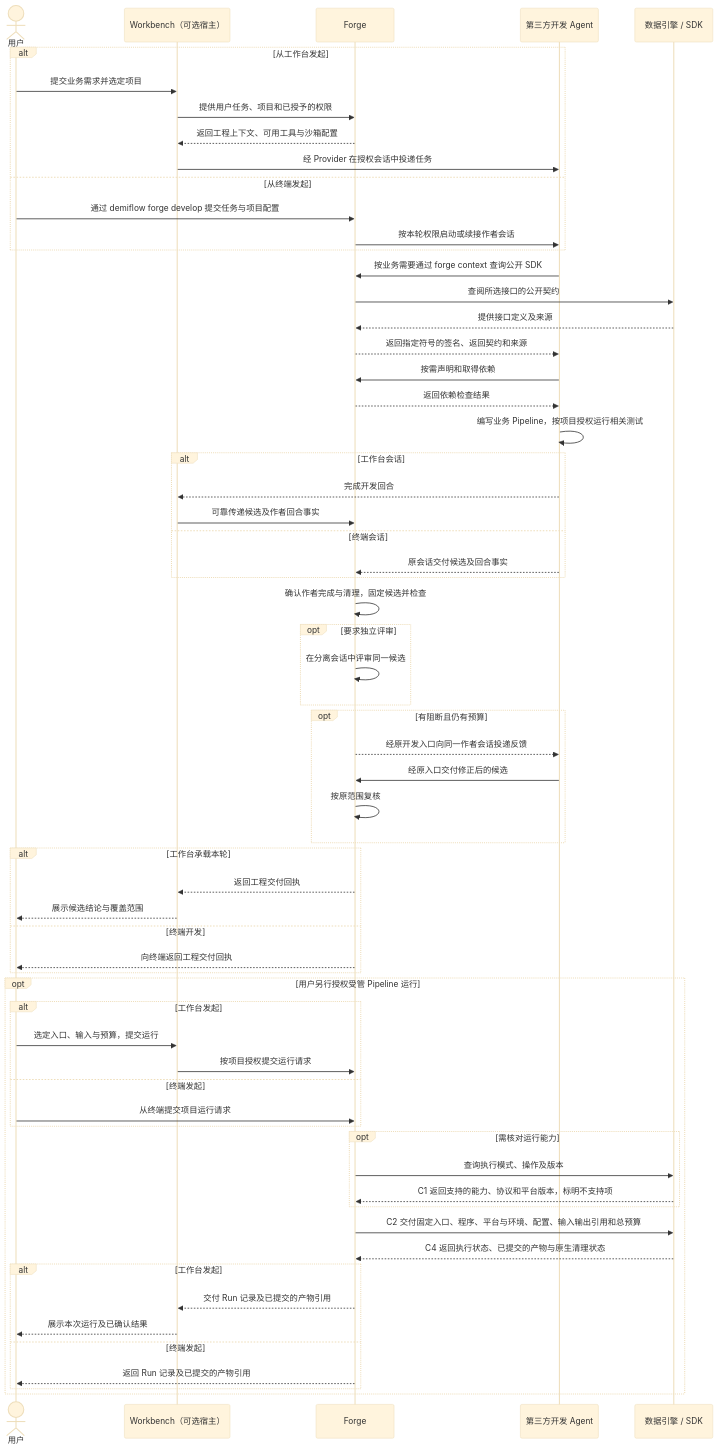
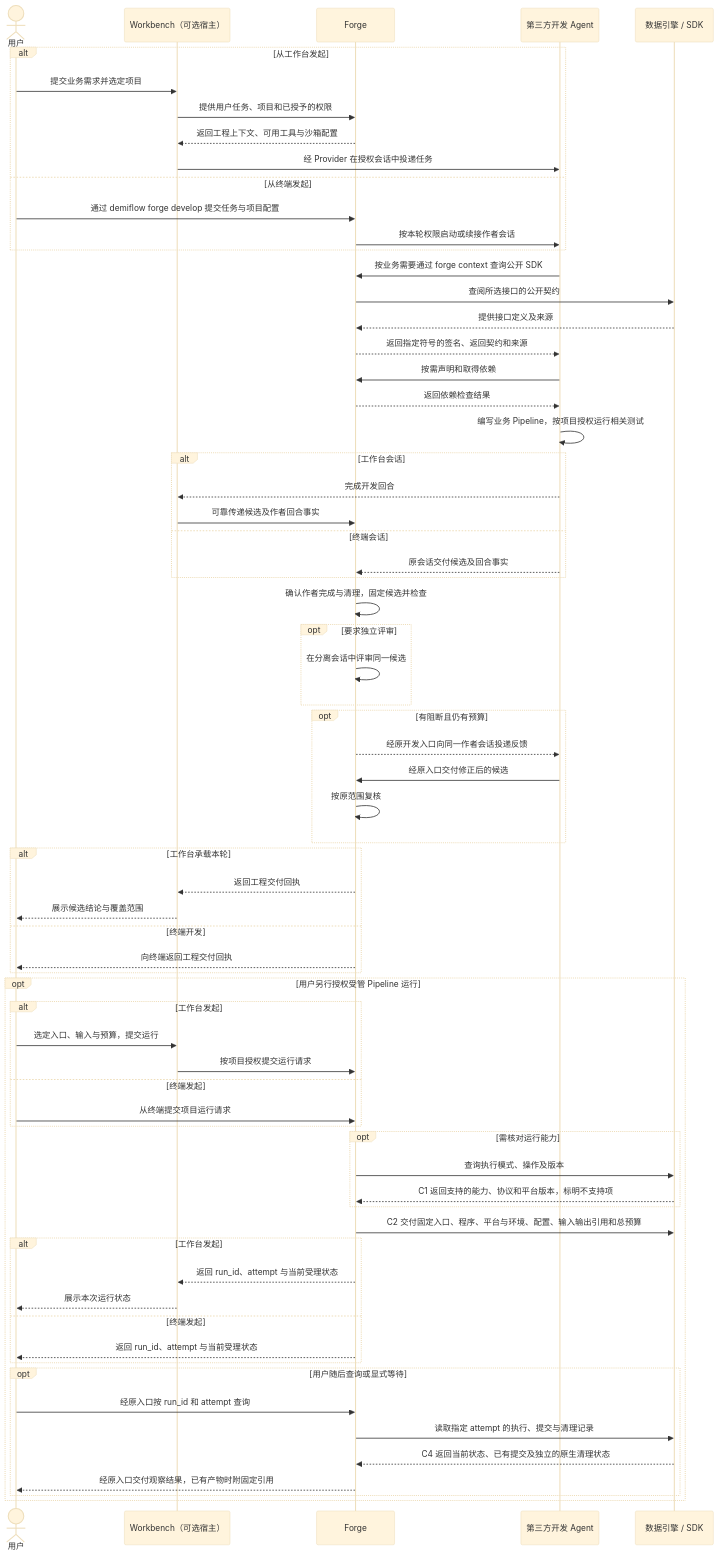
One commit to vincent9299/demiflow changed the second of 14 diagrams in docs/demiflow-architecture.md. Above: the diagram before and after it, drawn with Mermaid (base theme). The commit also changed other lines of this file, not shown here.

````diff
--- a/docs/demiflow-architecture.md
+++ b/docs/demiflow-architecture.md
@@ -44,65 +44,70 @@
 ```mermaid
 sequenceDiagram
     actor U as 用户
     participant W as Workbench（可选宿主）
     participant F as Forge
     participant A as 第三方开发 Agent
     participant E as 数据引擎 / SDK
     alt 从工作台发起
         U->>W: 提交业务需求并选定项目
         W->>F: 提供用户任务、项目和已授予的权限
         F-->>W: 返回工程上下文、可用工具与沙箱配置
         W->>A: 经 Provider 在授权会话中投递任务
     else 从终端发起
         U->>F: 通过 demiflow forge develop 提交任务与项目配置
         F->>A: 按本轮权限启动或续接作者会话
     end
     A->>F: 按业务需要通过 forge context 查询公开 SDK
     F->>E: 查阅所选接口的公开契约
     E-->>F: 提供接口定义及来源
     F-->>A: 返回指定符号的签名、返回契约和来源
     A->>F: 按需声明和取得依赖
     F-->>A: 返回依赖检查结果
     A->>A: 编写业务 Pipeline，按项目授权运行相关测试
     alt 工作台会话
         A-->>W: 完成开发回合
         W->>F: 可靠传递候选及作者回合事实
     else 终端会话
         A-->>F: 原会话交付候选及回合事实
     end
     F->>F: 确认作者完成与清理，固定候选并检查
     opt 要求独立评审
         F->>F: 在分离会话中评审同一候选
     end
     opt 有阻断且仍有预算
         F-->>A: 经原开发入口向同一作者会话投递反馈
         A->>F: 经原入口交付修正后的候选
         F->>F: 按原范围复核
     end
     alt 工作台承载本轮
         F-->>W: 返回工程交付回执
         W-->>U: 展示候选结论与覆盖范围
     else 终端开发
         F-->>U: 向终端返回工程交付回执
     end
     opt 用户另行授权受管 Pipeline 运行
         alt 工作台发起
             U->>W: 选定入口、输入与预算，提交运行
             W->>F: 按项目授权提交运行请求
         else 终端发起
             U->>F: 从终端提交项目运行请求
         end
         opt 需核对运行能力
             F->>E: 查询执行模式、操作及版本
             E-->>F: C1 返回支持的能力、协议和平台版本，标明不支持项
         end
         F->>E: C2 交付固定入口、程序、平台与环境、配置、输入输出引用和总预算
-        E-->>F: C4 返回执行状态、已提交的产物与原生清理状态
         alt 工作台发起
-            F-->>W: 交付 Run 记录及已提交的产物引用
-            W-->>U: 展示本次运行及已确认结果
+            F-->>W: 返回 run_id、attempt 与当前受理状态
+            W-->>U: 展示本次运行状态
         else 终端发起
-            F-->>U: 返回 Run 记录及已提交的产物引用
+            F-->>U: 返回 run_id、attempt 与当前受理状态
+        end
+        opt 用户随后查询或显式等待
+            U->>F: 经原入口按 run_id 和 attempt 查询
+            F->>E: 读取指定 attempt 的执行、提交与清理记录
+            E-->>F: C4 返回当前状态、已有提交及独立的原生清理状态
+            F-->>U: 经原入口交付观察结果，已有产物时附固定引用
         end
     end
 ```
````
